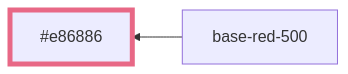
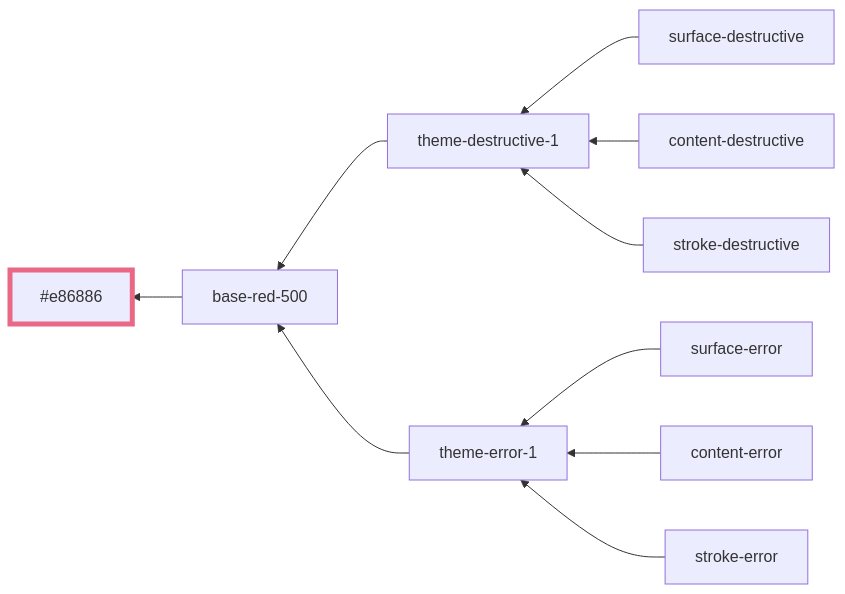
Before and after one commit to oxidecomputer/console: diagram 11 of 29 in libs/ui/styles/themes/operator-mode.md, drawn with Mermaid. The commit also changed other lines of this file and 4 other files, not shown here.

````diff
--- a/libs/ui/styles/themes/operator-mode.md
+++ b/libs/ui/styles/themes/operator-mode.md
@@ -103,6 +149,14 @@
 ```mermaid
 graph RL
   base-red-500 --> #e86886:::base-red-500
+  theme-destructive-1 --> base-red-500
+  theme-error-1 --> base-red-500
+  surface-destructive --> theme-destructive-1
+  surface-error --> theme-error-1
+  content-destructive --> theme-destructive-1
+  content-error --> theme-error-1
+  stroke-destructive --> theme-destructive-1
+  stroke-error --> theme-error-1
 
   classDef base-red-500 stroke-width:5,stroke:#e86886
 ```
````
